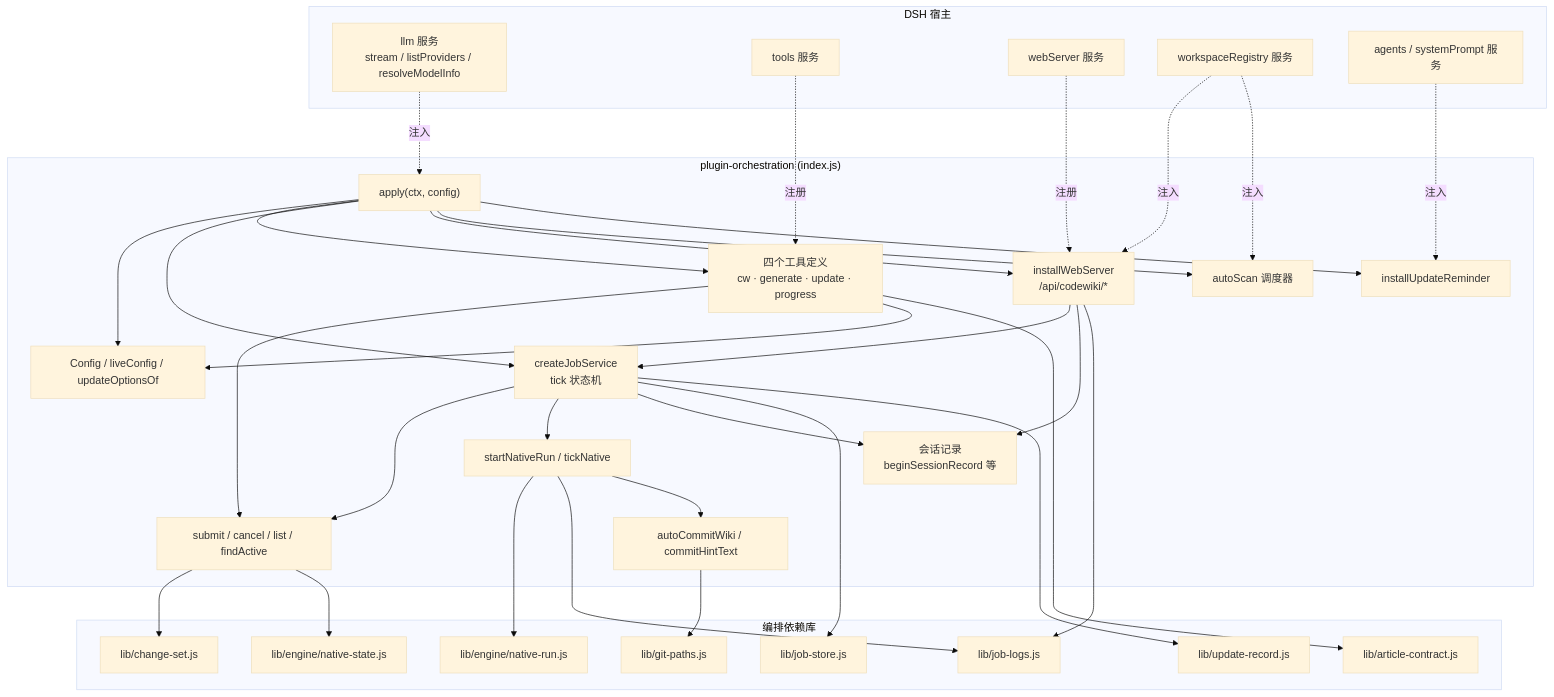
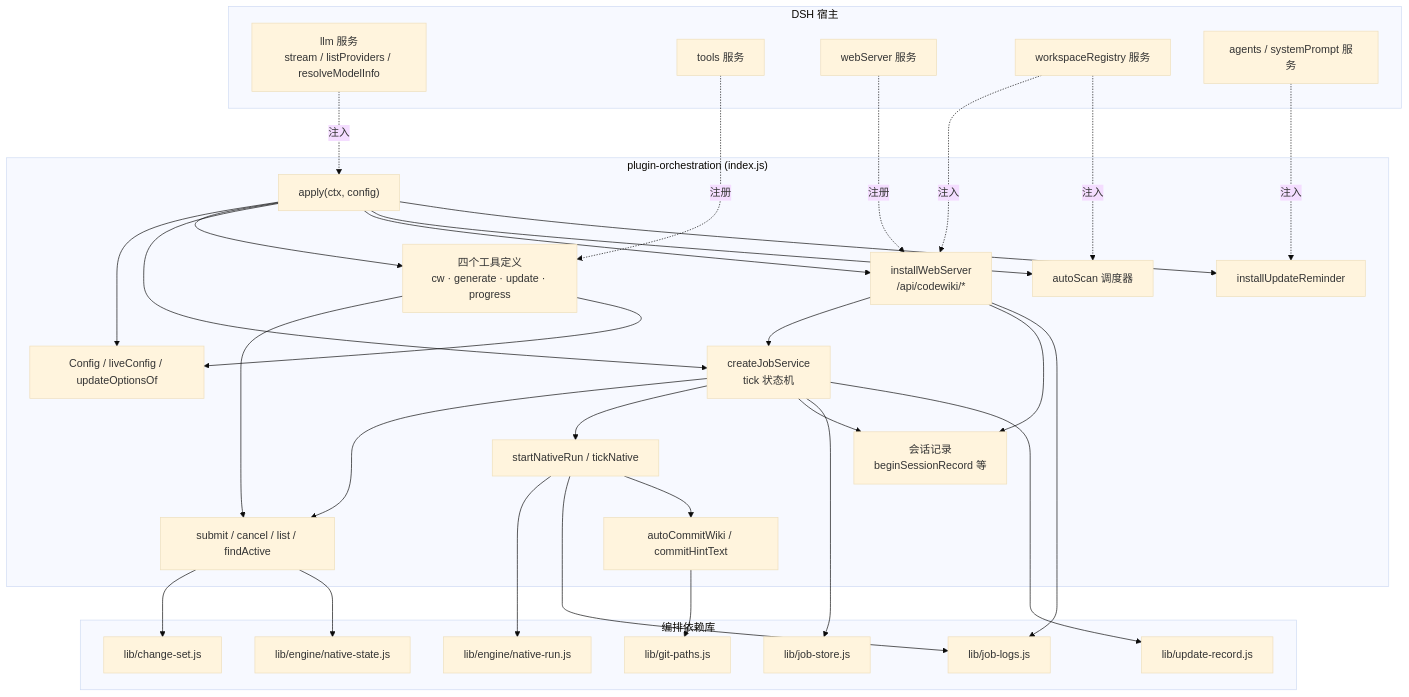
The first of 9 diagrams in .codewiki/_techdocs/docs/Job_Orchestration___State_Management/plugin-orchestration.md (ikliml666/dsh-codewiki), drawn with Mermaid (base theme) before and after one commit. The commit also changed other lines of this file and 51 other files, not shown here.

````diff
--- a/.codewiki/_techdocs/docs/Job_Orchestration___State_Management/plugin-orchestration.md
+++ b/.codewiki/_techdocs/docs/Job_Orchestration___State_Management/plugin-orchestration.md
@@ -37,66 +37,64 @@
 ```mermaid
 flowchart TB
   subgraph HOST["DSH 宿主"]
     LLMSVC["llm 服务<br/>stream / listProviders / resolveModelInfo"]
     TOOLREG["tools 服务"]
     WEBSRV["webServer 服务"]
     WSREG["workspaceRegistry 服务"]
     AGENTS["agents / systemPrompt 服务"]
   end
 
   subgraph PLUGIN["plugin-orchestration (index.js)"]
     APPLY["apply(ctx, config)"]
     CFG["Config / liveConfig / updateOptionsOf"]
     TOOLS["四个工具定义<br/>cw · generate · update · progress"]
     SVC["createJobService<br/>tick 状态机"]
     SUBMIT["submit / cancel / list / findActive"]
     NATIVE["startNativeRun / tickNative"]
     SESS["会话记录<br/>beginSessionRecord 等"]
     API["installWebServer<br/>/api/codewiki/*"]
     AUTO["autoScan 调度器"]
     COMMIT["autoCommitWiki / commitHintText"]
     REMIND["installUpdateReminder"]
   end
 
   subgraph LIBS["编排依赖库"]
     STORE["lib/job-store.js"]
     LOGS["lib/job-logs.js"]
     REC["lib/update-record.js"]
     CS["lib/change-set.js"]
     GP["lib/git-paths.js"]
-    AC["lib/article-contract.js"]
     NS["lib/engine/native-state.js"]
     NR["lib/engine/native-run.js"]
   end
 
   APPLY --> CFG
   APPLY --> TOOLS
   APPLY --> SVC
   APPLY --> API
   APPLY --> AUTO
   APPLY --> REMIND
   TOOLS --> SUBMIT
   TOOLS --> CFG
   SVC --> SUBMIT
   SVC --> NATIVE
   SVC --> SESS
   SVC --> STORE
   SVC --> REC
   NATIVE --> NR
   NATIVE --> LOGS
   NATIVE --> COMMIT
   SUBMIT --> CS
   SUBMIT --> NS
   API --> SVC
   API --> SESS
   API --> LOGS
   COMMIT --> GP
-  TOOLS --> AC
 
   LLMSVC -.注入.-> APPLY
   TOOLREG -.注册.-> TOOLS
   WEBSRV -.注册.-> API
   WSREG -.注入.-> API
   WSREG -.注入.-> AUTO
   AGENTS -.注入.-> REMIND
 ```
````
